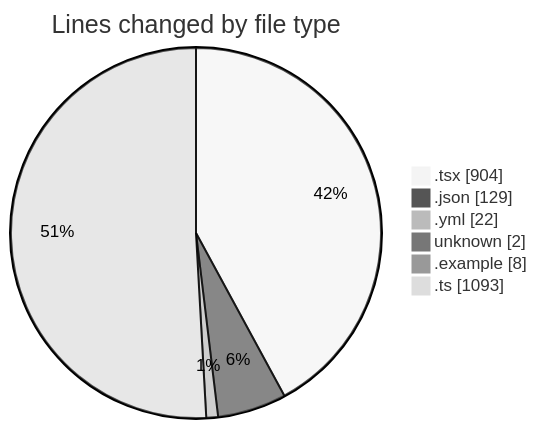
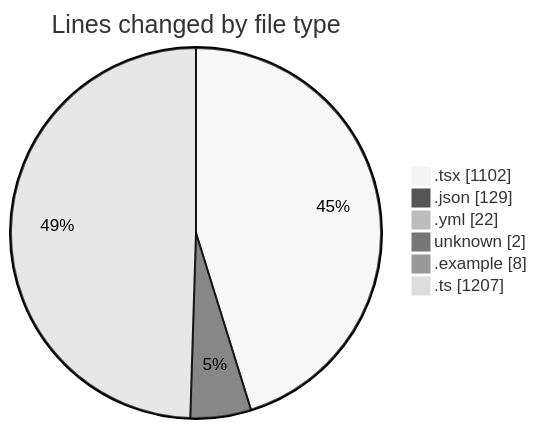
The first of 2 diagrams in 2025-11-21/eventscop-frontend-guide__workspace_/README.md (julien-gomy/code-tracking), drawn with Mermaid (neutral theme) before and after one commit. The commit also changed other lines of this file and 1 other file, not shown here.

````diff
--- a/2025-11-21/eventscop-frontend-guide__workspace_/README.md
+++ b/2025-11-21/eventscop-frontend-guide__workspace_/README.md
@@ -40,10 +43,10 @@
 ```mermaid
 pie showData
 title Lines changed by file type
-".tsx" : 904
+".tsx" : 1102
 ".json" : 129
 ".yml" : 22
 "unknown" : 2
 ".example" : 8
-".ts" : 1093
+".ts" : 1207
 ```
````
